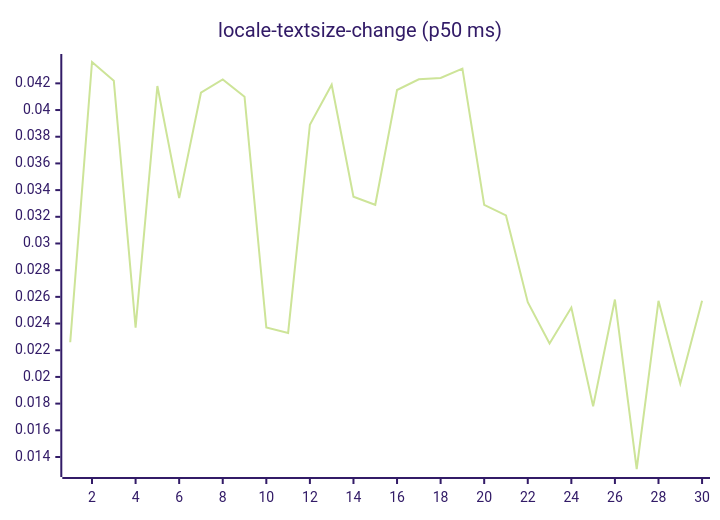
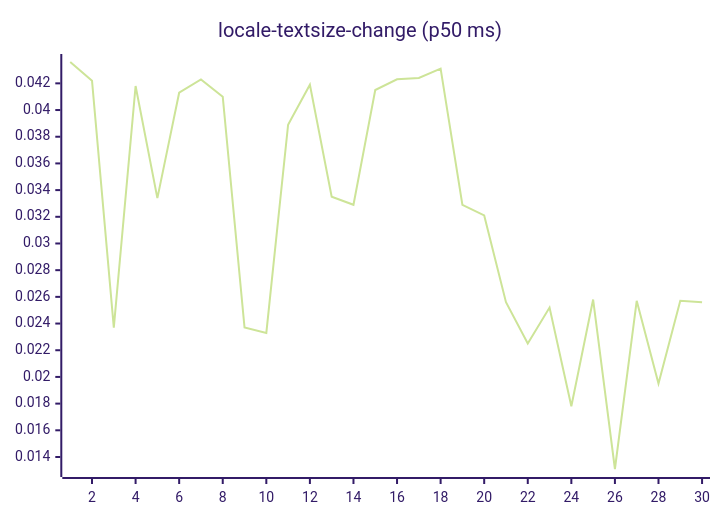
Before and after one commit to josha/Facet: diagram 13 of 27 in README.md, drawn with Mermaid (forest theme). The commit also changed other lines of this file and 2 other files, not shown here.

````diff
--- a/README.md
+++ b/README.md
@@ -147,6 +147,6 @@
 ```mermaid
 xychart-beta
     title "locale-textsize-change (p50 ms)"
     x-axis 1 --> 30
-    line [0.0226, 0.0436, 0.0422, 0.0237, 0.0418, 0.0334, 0.0413, 0.0423, 0.0410, 0.0237, 0.0233, 0.0389, 0.0419, 0.0335, 0.0329, 0.0415, 0.0423, 0.0424, 0.0431, 0.0329, 0.0321, 0.0256, 0.0225, 0.0252, 0.0178, 0.0258, 0.0131, 0.0257, 0.0195, 0.0257]
+    line [0.0436, 0.0422, 0.0237, 0.0418, 0.0334, 0.0413, 0.0423, 0.0410, 0.0237, 0.0233, 0.0389, 0.0419, 0.0335, 0.0329, 0.0415, 0.0423, 0.0424, 0.0431, 0.0329, 0.0321, 0.0256, 0.0225, 0.0252, 0.0178, 0.0258, 0.0131, 0.0257, 0.0195, 0.0257, 0.0256]
 ```
````
